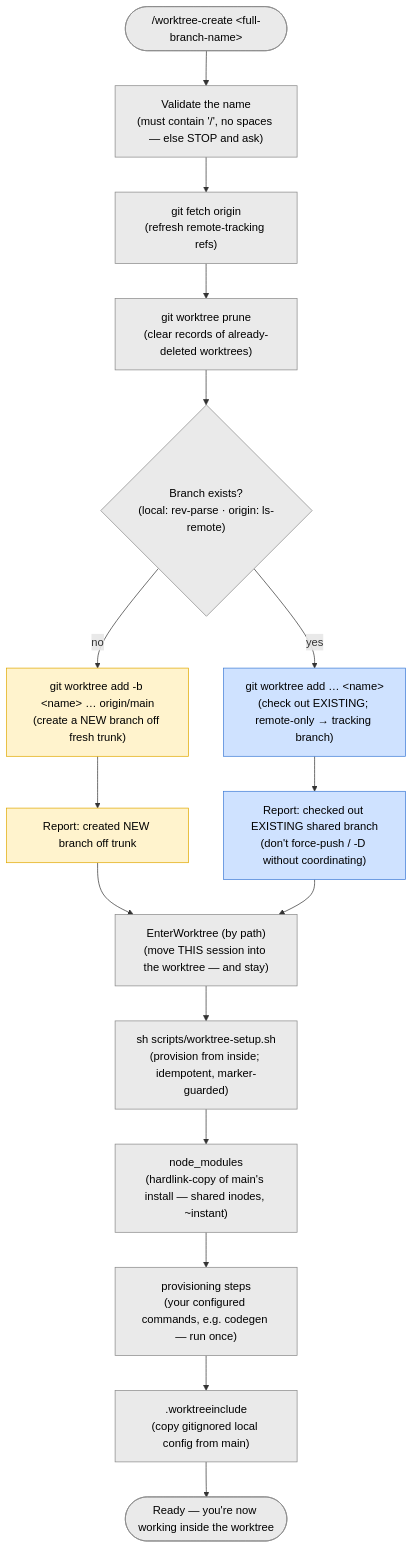
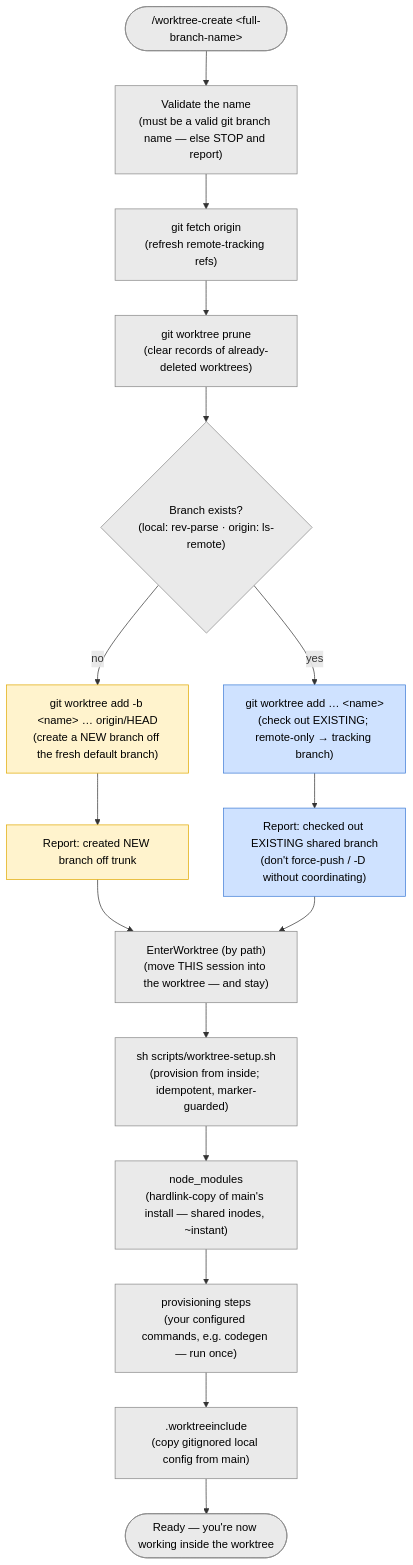
The diagram in worktree-per-issue/docs/worktree-create.md (pilniczek/worktree-toolbox), drawn with Mermaid before and after one commit. The commit also changed 6 other files, not shown here.

````diff
--- a/worktree-per-issue/docs/worktree-create.md
+++ b/worktree-per-issue/docs/worktree-create.md
@@ -35,26 +35,26 @@
 ```mermaid
 flowchart TD
   start(["/worktree-create &lt;full-branch-name&gt;"])
-  start --> validate["Validate the name<br/>(must contain '/', no spaces — else STOP and ask)"]
+  start --> validate["Validate the name<br/>(must be a valid git branch name — else STOP and report)"]
   validate --> fetch["git fetch origin<br/>(refresh remote-tracking refs)"]
   fetch --> prune["git worktree prune<br/>(clear records of already-deleted worktrees)"]
   prune --> exists{"Branch exists?<br/>(local: rev-parse · origin: ls-remote)"}
-  exists -->|"no"| createnew["git worktree add -b &lt;name&gt; … origin/main<br/>(create a NEW branch off fresh trunk)"]
+  exists -->|"no"| createnew["git worktree add -b &lt;name&gt; … origin/HEAD<br/>(create a NEW branch off the fresh default branch)"]
   exists -->|"yes"| checkout["git worktree add … &lt;name&gt;<br/>(check out EXISTING; remote-only → tracking branch)"]
   createnew --> reportnew["Report: created NEW branch off trunk"]
   checkout --> reportold["Report: checked out EXISTING shared branch<br/>(don't force-push / -D without coordinating)"]
   reportnew --> enter["EnterWorktree (by path)<br/>(move THIS session into the worktree — and stay)"]
   reportold --> enter
   enter --> setup["sh scripts/worktree-setup.sh<br/>(provision from inside; idempotent, marker-guarded)"]
   setup --> nm["node_modules<br/>(hardlink-copy of main's install — shared inodes, ~instant)"]
   nm --> steps["provisioning steps<br/>(your configured commands, e.g. codegen — run once)"]
   steps --> cfg[".worktreeinclude<br/>(copy gitignored local config from main)"]
   cfg --> ready(["Ready — you're now working inside the worktree"])
 
   classDef step fill:#eaeaea,stroke:#888,color:#000;
   classDef newc fill:#fff3cd,stroke:#e0a800,color:#000;
   classDef oldc fill:#cfe2ff,stroke:#3d7bd6,color:#000;
   class start,validate,fetch,prune,exists,enter,setup,nm,steps,cfg,ready step;
   class createnew,reportnew newc;
   class checkout,reportold oldc;
 ```
````
